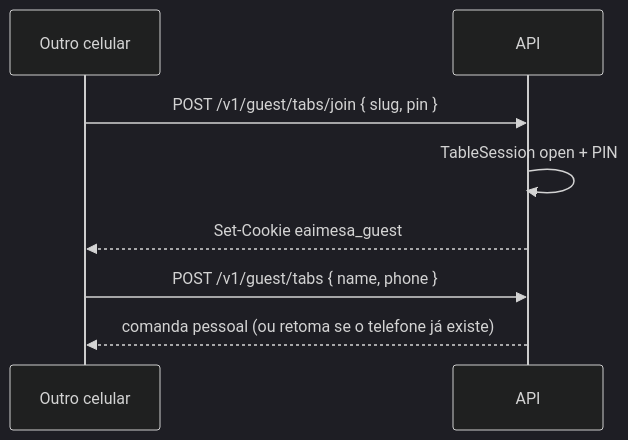
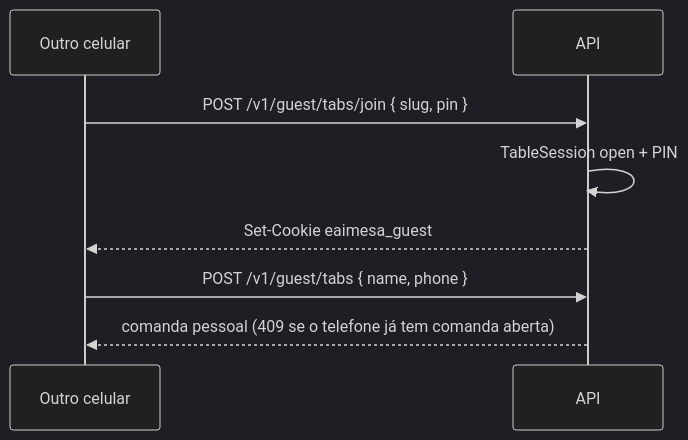
One commit to filiperamosds/eaimesa-frontend changed the fifth of 7 diagrams in docs/product/fluxos.md. Above: the diagram before and after it, drawn with Mermaid (dark theme). The commit also changed 19 other files, not shown here.

````diff
--- a/docs/product/fluxos.md
+++ b/docs/product/fluxos.md
@@ -107,11 +107,11 @@
 ```mermaid
 sequenceDiagram
   participant C2 as Outro celular
   participant API as API
 
   C2->>API: POST /v1/guest/tabs/join { slug, pin }
   API->>API: TableSession open + PIN
   API-->>C2: Set-Cookie eaimesa_guest
   C2->>API: POST /v1/guest/tabs { name, phone }
-  API-->>C2: comanda pessoal (ou retoma se o telefone já existe)
+  API-->>C2: comanda pessoal (409 se o telefone já tem comanda aberta)
 ```
````
